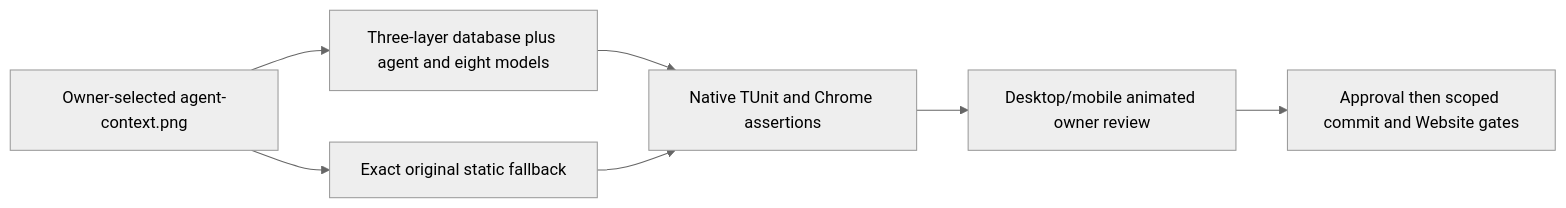
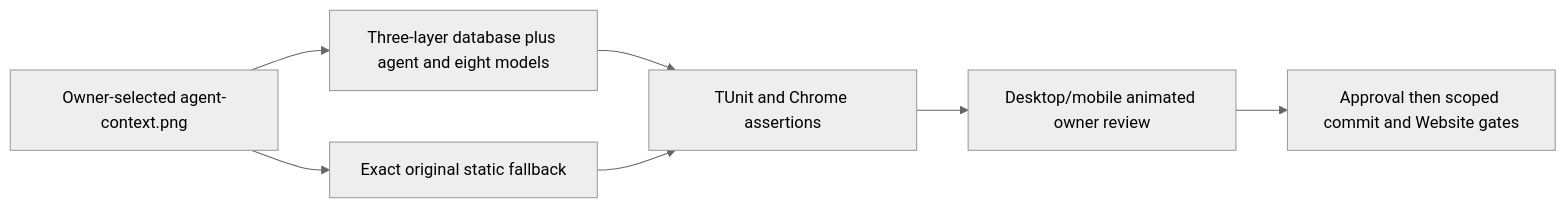
One commit to managedcode/KeyLoad changed the ninth of 11 diagrams in docs/Features/BenchmarkComparisons.md. Above: the diagram before and after it, drawn with Mermaid (neutral theme). The commit also changed other lines of this file and 9016 other files, not shown here.

````diff
--- a/docs/Features/BenchmarkComparisons.md
+++ b/docs/Features/BenchmarkComparisons.md
@@ -616,9 +616,9 @@
 ```mermaid
 flowchart LR
-    Original[Owner-selected agent-context.png] --> Native[Three-layer database plus agent and eight models]
+    Original[Owner-selected agent-context.png] --> Execution[Three-layer database plus agent and eight models]
     Original --> Poster[Exact original static fallback]
-    Native --> Checks[Native TUnit and Chrome assertions]
+    Execution --> Checks[TUnit and Chrome assertions]
     Poster --> Checks
     Checks --> Review[Desktop/mobile animated owner review]
     Review --> Delivery[Approval then scoped commit and Website gates]
 ```
````
